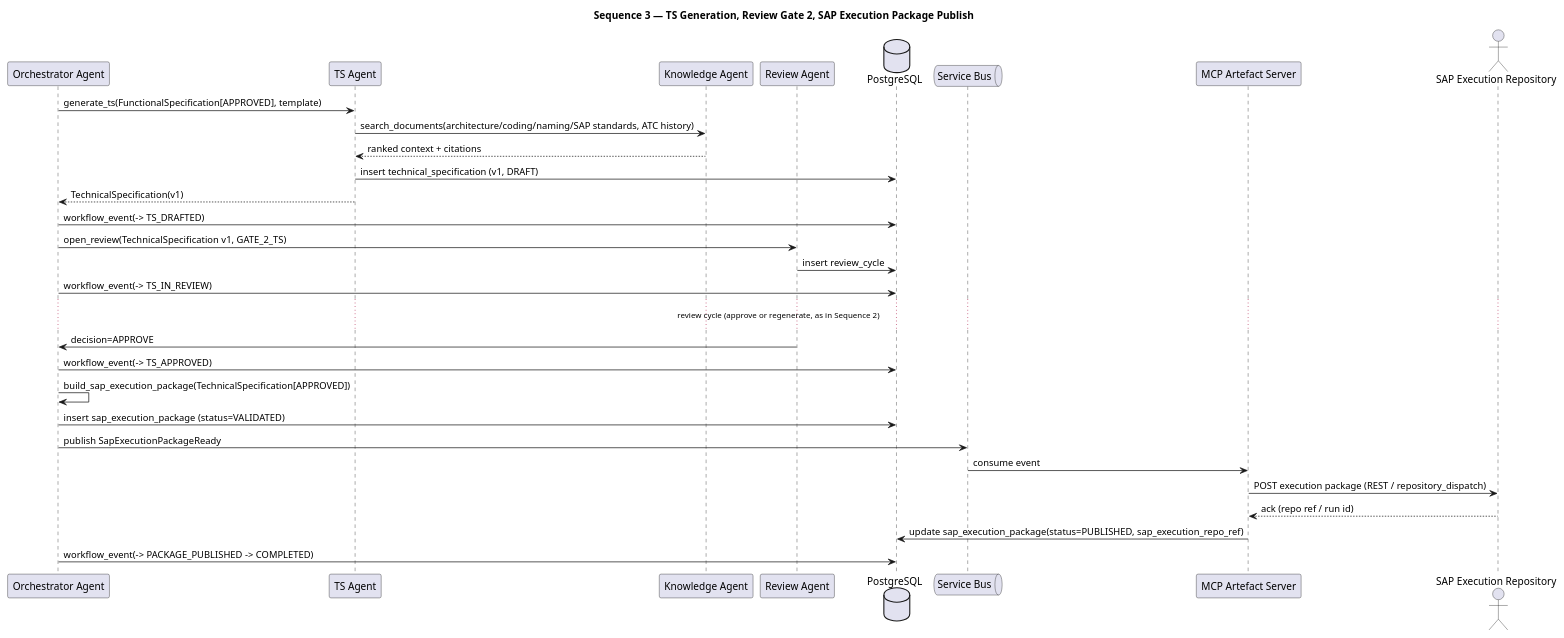
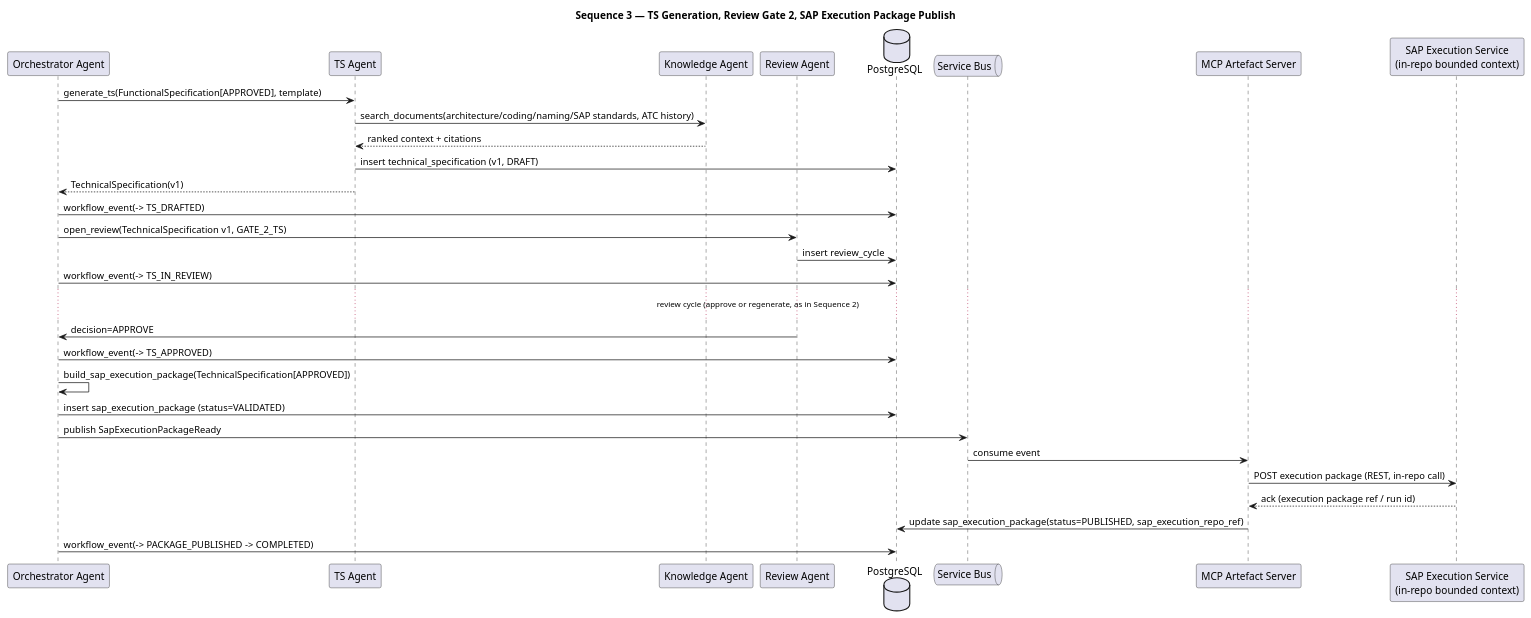
The diagram in sap-ai-delivery-platform/docs/architecture/diagrams/seq-03-ts-to-package.puml (Atri-03/My-repo), drawn with PlantUML before and after one commit. The commit also changed 53 other files, not shown here.

Commit message:
Update architecture docs to reflect in-repo SAP Execution bounded context; add gap analysis report

```diff
--- a/sap-ai-delivery-platform/docs/architecture/diagrams/seq-03-ts-to-package.puml
+++ b/sap-ai-delivery-platform/docs/architecture/diagrams/seq-03-ts-to-package.puml
@@ -1,36 +1,36 @@
 @startuml Seq-03-TS-to-Package
 title Sequence 3 — TS Generation, Review Gate 2, SAP Execution Package Publish
 
 participant "Orchestrator Agent" as Orchestrator
 participant "TS Agent" as TSA
 participant "Knowledge Agent" as KA
 participant "Review Agent" as ReviewAgent
 database "PostgreSQL" as PG
 queue "Service Bus" as Bus
 participant "MCP Artefact Server" as MCP
-actor "SAP Execution Repository" as SapRepo
+participant "SAP Execution Service\n(in-repo bounded context)" as SapRepo
 
 Orchestrator -> TSA : generate_ts(FunctionalSpecification[APPROVED], template)
 TSA -> KA : search_documents(architecture/coding/naming/SAP standards, ATC history)
 KA --> TSA : ranked context + citations
 TSA -> PG : insert technical_specification (v1, DRAFT)
 TSA --> Orchestrator : TechnicalSpecification(v1)
 Orchestrator -> PG : workflow_event(-> TS_DRAFTED)
 Orchestrator -> ReviewAgent : open_review(TechnicalSpecification v1, GATE_2_TS)
 ReviewAgent -> PG : insert review_cycle
 Orchestrator -> PG : workflow_event(-> TS_IN_REVIEW)
 
 ... review cycle (approve or regenerate, as in Sequence 2) ...
 
 ReviewAgent -> Orchestrator : decision=APPROVE
 Orchestrator -> PG : workflow_event(-> TS_APPROVED)
 Orchestrator -> Orchestrator : build_sap_execution_package(TechnicalSpecification[APPROVED])
 Orchestrator -> PG : insert sap_execution_package (status=VALIDATED)
 Orchestrator -> Bus : publish SapExecutionPackageReady
 Bus -> MCP : consume event
-MCP -> SapRepo : POST execution package (REST / repository_dispatch)
-SapRepo --> MCP : ack (repo ref / run id)
+MCP -> SapRepo : POST execution package (REST, in-repo call)
+SapRepo --> MCP : ack (execution package ref / run id)
 MCP -> PG : update sap_execution_package(status=PUBLISHED, sap_execution_repo_ref)
 Orchestrator -> PG : workflow_event(-> PACKAGE_PUBLISHED -> COMPLETED)
 
 @enduml
```
